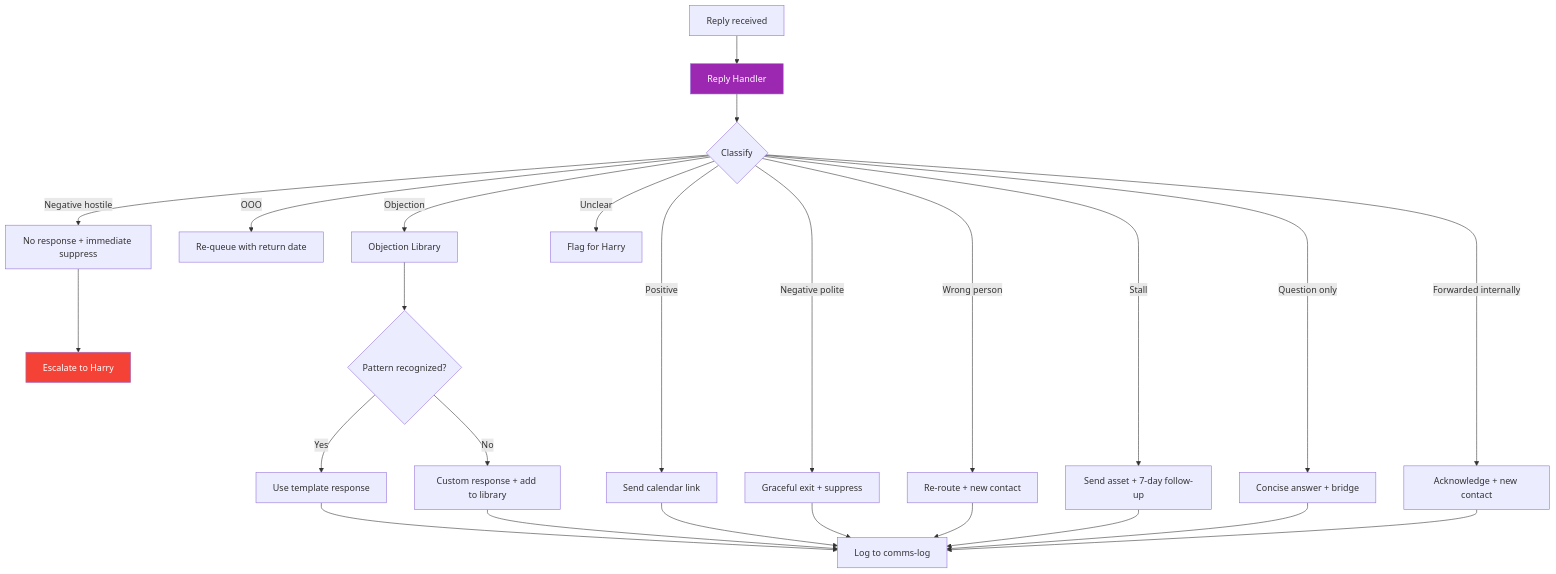
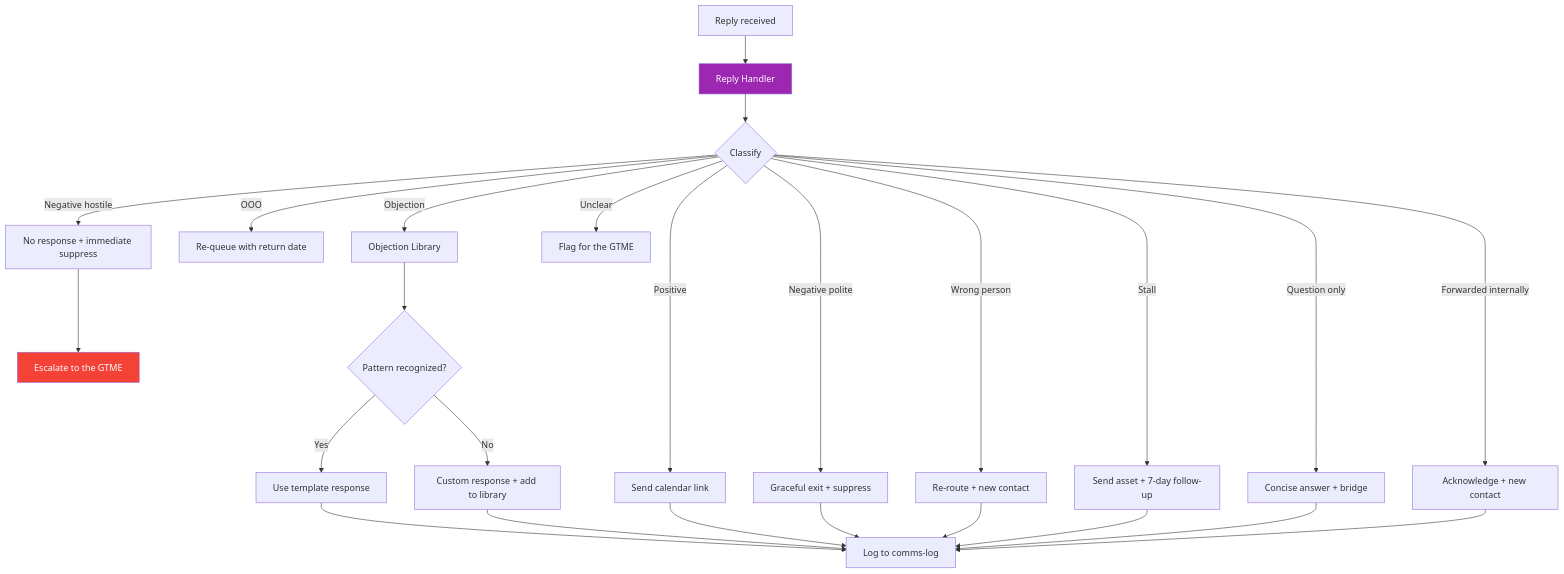
One commit to harryrawles/GTM-Engineer-OS changed the fifth of 8 diagrams in wiki/diagrams.md. Above: the diagram before and after it, drawn with Mermaid. The commit also changed other lines of this file and 72 other files, not shown here.

````diff
--- a/wiki/diagrams.md
+++ b/wiki/diagrams.md
@@ -132,31 +132,31 @@
 ```mermaid
 flowchart TD
     A[Reply received] --> B[Reply Handler]
     B --> C{Classify}
     C -->|Positive| D[Send calendar link]
     C -->|Negative polite| E[Graceful exit + suppress]
     C -->|Negative hostile| F[No response + immediate suppress]
     C -->|OOO| G[Re-queue with return date]
     C -->|Wrong person| H[Re-route + new contact]
     C -->|Stall| I[Send asset + 7-day follow-up]
     C -->|Objection| J[Objection Library]
     C -->|Question only| K[Concise answer + bridge]
     C -->|Forwarded internally| L[Acknowledge + new contact]
-    C -->|Unclear| M[Flag for Harry]
+    C -->|Unclear| M[Flag for the GTME]
 
-    F --> N[Escalate to Harry]
+    F --> N[Escalate to the GTME]
     J --> O{Pattern recognized?}
     O -->|Yes| P[Use template response]
     O -->|No| Q[Custom response + add to library]
     P --> R[Log to comms-log]
     Q --> R
     D --> R
     E --> R
     H --> R
     I --> R
     K --> R
     L --> R
 
     style B fill:#9C27B0,color:#fff
     style N fill:#F44336,color:#fff
 ```
````
